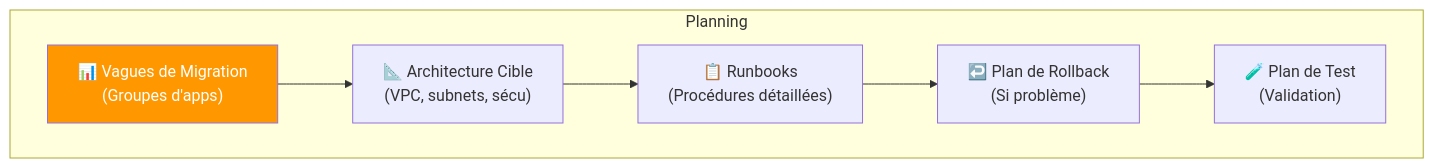
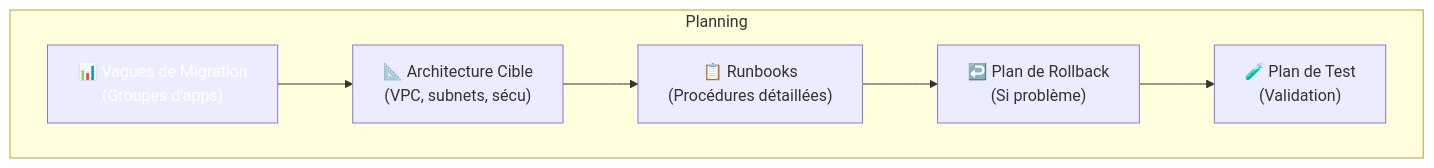
The tenth of 15 diagrams in docs/formations/cloud-fundamentals/11-module.md (VBlackJack/ShellBook), drawn with Mermaid before and after one commit. The commit also changed other lines of this file and 337 other files, not shown here.

First line of the commit message:
refactor(docs): Standardize code blocks and Mermaid colors

````diff
--- a/docs/formations/cloud-fundamentals/11-module.md
+++ b/docs/formations/cloud-fundamentals/11-module.md
@@ -307,14 +307,14 @@
 ```mermaid
 graph TB
     subgraph "Planning"
         WAVE["📊 Vagues de Migration<br/>(Groupes d'apps)"]
         ARCH["📐 Architecture Cible<br/>(VPC, subnets, sécu)"]
         RUNBOOK["📋 Runbooks<br/>(Procédures détaillées)"]
         ROLLBACK["↩️ Plan de Rollback<br/>(Si problème)"]
         TEST["🧪 Plan de Test<br/>(Validation)"]
     end
 
     WAVE --> ARCH --> RUNBOOK --> ROLLBACK --> TEST
 
-    style WAVE fill:#ff9800,color:#fff
+    style WAVE fill:#FF9800800800,color:#fff
 ```
````
